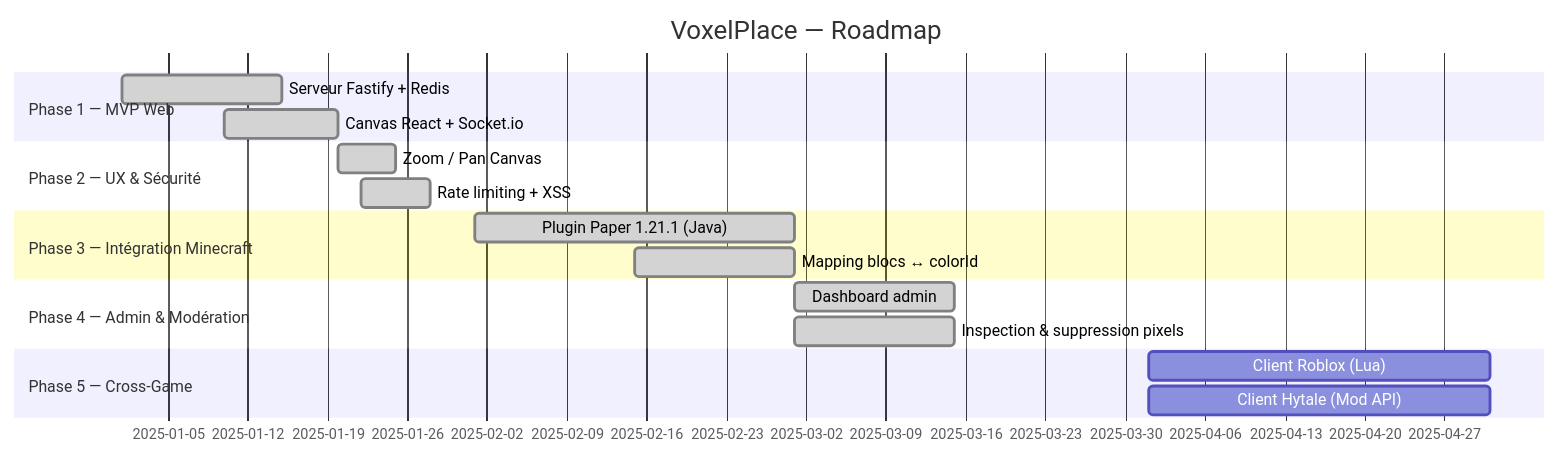
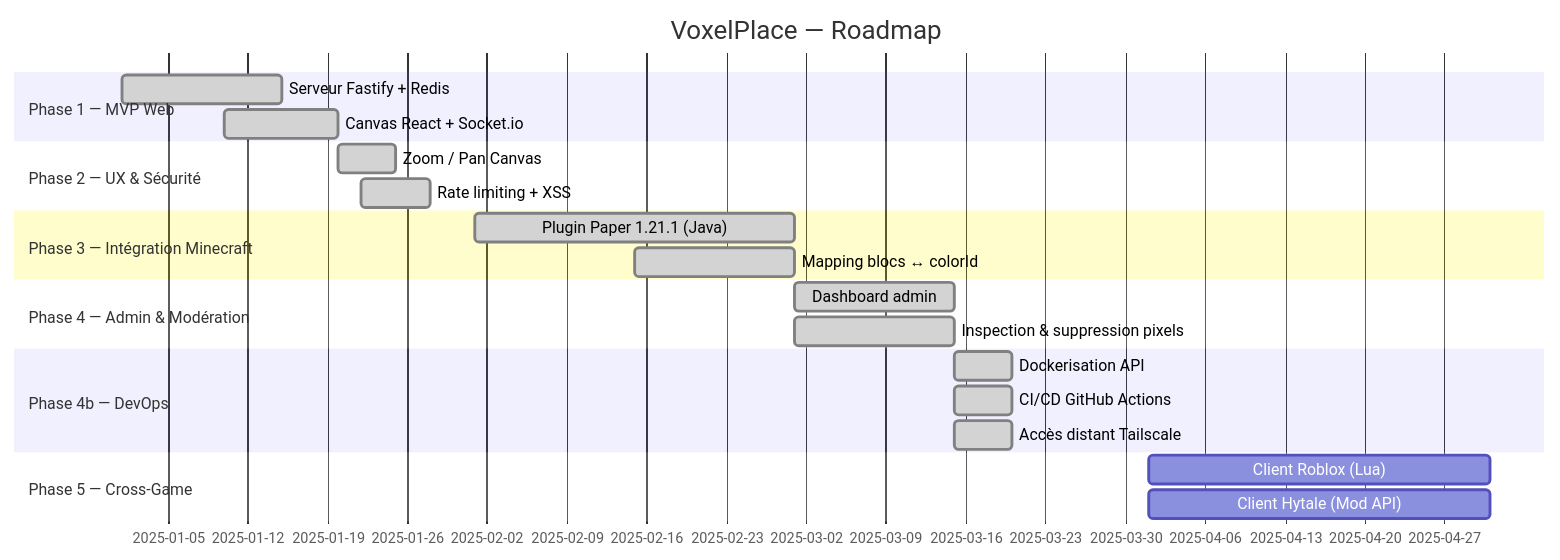
Before and after one commit to MaKSiiMe/VoxelPlace: the third of 3 diagrams in README.md, drawn with Mermaid. The commit also changed other lines of this file and 5 other files, not shown here.

````diff
--- a/README.md
+++ b/README.md
@@ -556,20 +600,24 @@
 ```mermaid
 gantt
     title VoxelPlace — Roadmap
     dateFormat  YYYY-MM-DD
     section Phase 1 — MVP Web
     Serveur Fastify + Redis          :done, 2025-01-01, 2025-01-15
     Canvas React + Socket.io         :done, 2025-01-10, 2025-01-20
     section Phase 2 — UX & Sécurité
     Zoom / Pan Canvas                :done, 2025-01-20, 2025-01-25
     Rate limiting + XSS              :done, 2025-01-22, 2025-01-28
     section Phase 3 — Intégration Minecraft
     Plugin Paper 1.21.1 (Java)       :done, 2025-02-01, 2025-03-01
     Mapping blocs ↔ colorId          :done, 2025-02-15, 2025-03-01
     section Phase 4 — Admin & Modération
     Dashboard admin                  :done, 2025-03-01, 2025-03-15
     Inspection & suppression pixels  :done, 2025-03-01, 2025-03-15
+    section Phase 4b — DevOps
+    Dockerisation API                :done, 2025-03-15, 2025-03-20
+    CI/CD GitHub Actions             :done, 2025-03-15, 2025-03-20
+    Accès distant Tailscale          :done, 2025-03-15, 2025-03-20
     section Phase 5 — Cross-Game
     Client Roblox (Lua)              :2025-04-01, 2025-05-01
     Client Hytale (Mod API)          :2025-04-01, 2025-05-01
 ```
````
